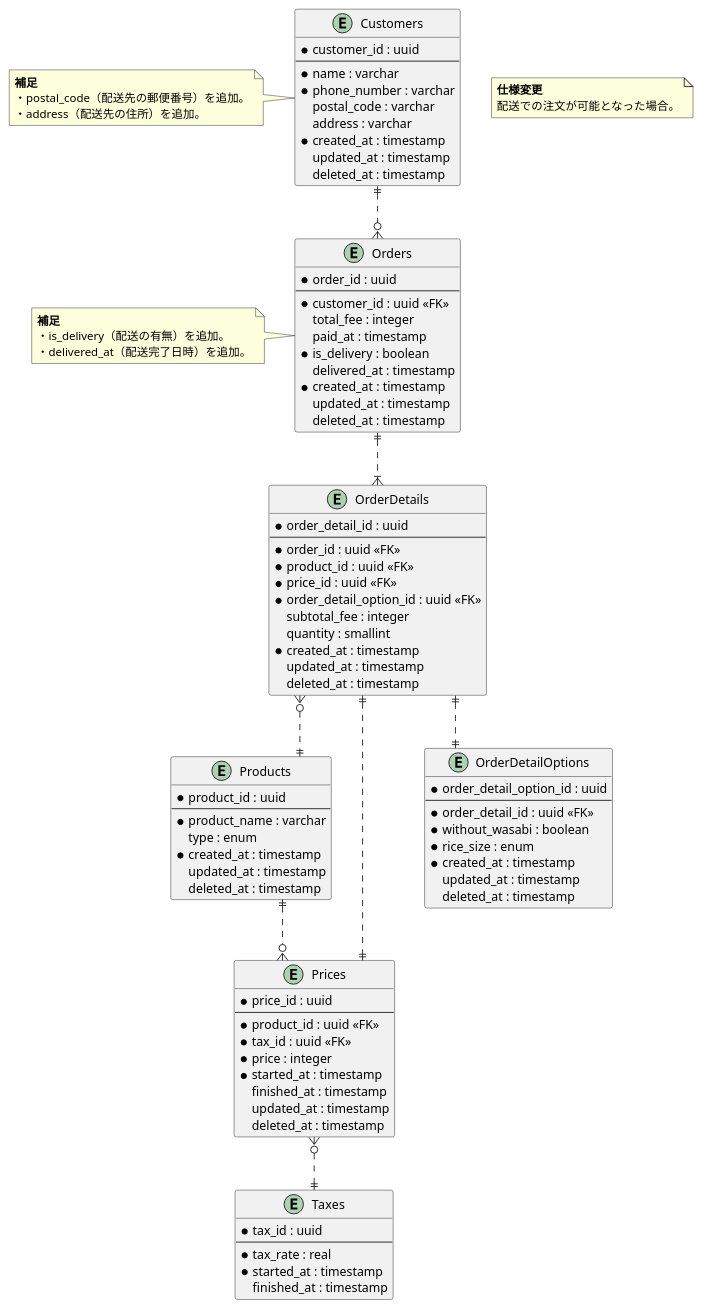
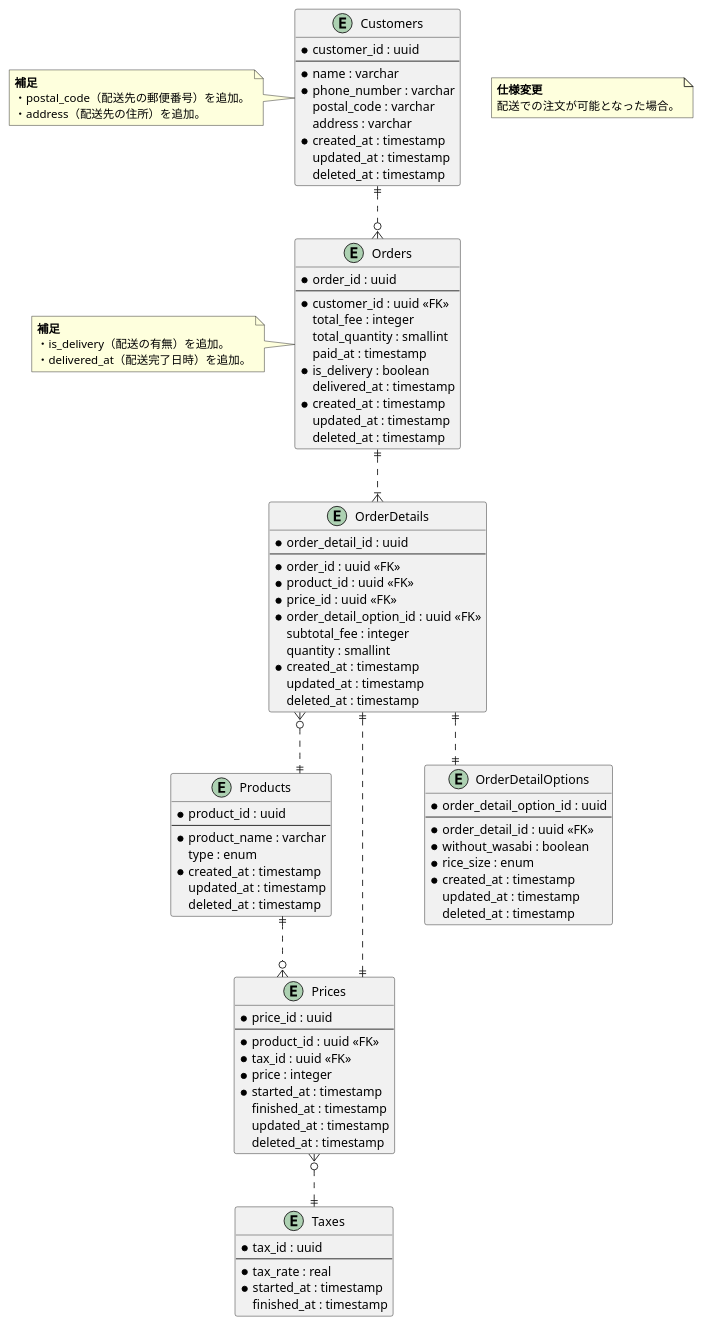
One commit to moritanuki/praha_challenge changed the diagram in 01_データベース設計/01_DBモデリング1/03_課題3/sushi_ordering_schema_03.puml. Above: the diagram before and after it, drawn with PlantUML. The commit also changed 5 other files, not shown here.

```diff
--- a/01_データベース設計/01_DBモデリング1/03_課題3/sushi_ordering_schema_03.puml
+++ b/01_データベース設計/01_DBモデリング1/03_課題3/sushi_ordering_schema_03.puml
@@ -1,118 +1,119 @@
 @startuml sushi_ordering_schema_03
 
 skinparam {
   ' カーディナリティ斜め対策
    linetype ortho
 }
 
 ' 顧客マスタ
 entity "Customers" as Customers {
   * customer_id : uuid
   --
   * name : varchar
   * phone_number : varchar
     postal_code : varchar
     address : varchar
   * created_at : timestamp
     updated_at : timestamp
     deleted_at : timestamp
 }
 
 note left of Customers
   <b>補足</b>
   ・postal_code（配送先の郵便番号）を追加。
   ・address（配送先の住所）を追加。
 end note
 
 ' 商品マスタ
 entity "Products" as Products {
   * product_id : uuid
   --
   * product_name : varchar
     type : enum
   * created_at : timestamp
     updated_at : timestamp
     deleted_at : timestamp
 }
 
 ' 商品金額テーブル
 entity "Prices" as Prices {
   * price_id : uuid
   --
   * product_id : uuid <<FK>>
   * tax_id : uuid <<FK>>
   * price : integer
   * started_at : timestamp
     finished_at : timestamp
     updated_at : timestamp
     deleted_at : timestamp
 }
 
 ' 消費税マスタ
 entity "Taxes" as Taxes {
   * tax_id : uuid
   --
   * tax_rate : real
   * started_at : timestamp
     finished_at : timestamp
 }
 
 ' 注文テーブル
 entity "Orders" as Orders {
   * order_id : uuid
   --
   * customer_id : uuid <<FK>>
     total_fee : integer
+    total_quantity : smallint
     paid_at : timestamp
   * is_delivery : boolean
     delivered_at : timestamp
   * created_at : timestamp
     updated_at : timestamp
     deleted_at : timestamp
 }
 
 note left of Orders
   <b>補足</b>
   ・is_delivery（配送の有無）を追加。
   ・delivered_at（配送完了日時）を追加。
 end note
 
 entity "OrderDetails" as OrderDetails {
   * order_detail_id : uuid
   --
   * order_id : uuid <<FK>>
   * product_id : uuid <<FK>>
   * price_id : uuid <<FK>>
   * order_detail_option_id : uuid <<FK>>
     subtotal_fee : integer
     quantity : smallint
   * created_at : timestamp
     updated_at : timestamp
     deleted_at : timestamp
 }
 
 entity "OrderDetailOptions" as OrderDetailOptions {
   * order_detail_option_id : uuid
   --
   * order_detail_id : uuid <<FK>>
   * without_wasabi : boolean
   * rice_size : enum
   * created_at : timestamp
     updated_at : timestamp
     deleted_at : timestamp
 }
 
 Customers ||..o{ Orders
 Orders ||..|{ OrderDetails
 OrderDetails ||..|| OrderDetailOptions
 OrderDetails }o..|| Products
 OrderDetails ||..|| Prices
 Products ||..o{ Prices
 Prices }o..|| Taxes
 
 note as note1
   <b>仕様変更</b>
   配送での注文が可能となった場合。
 end note
 
 @enduml
```
